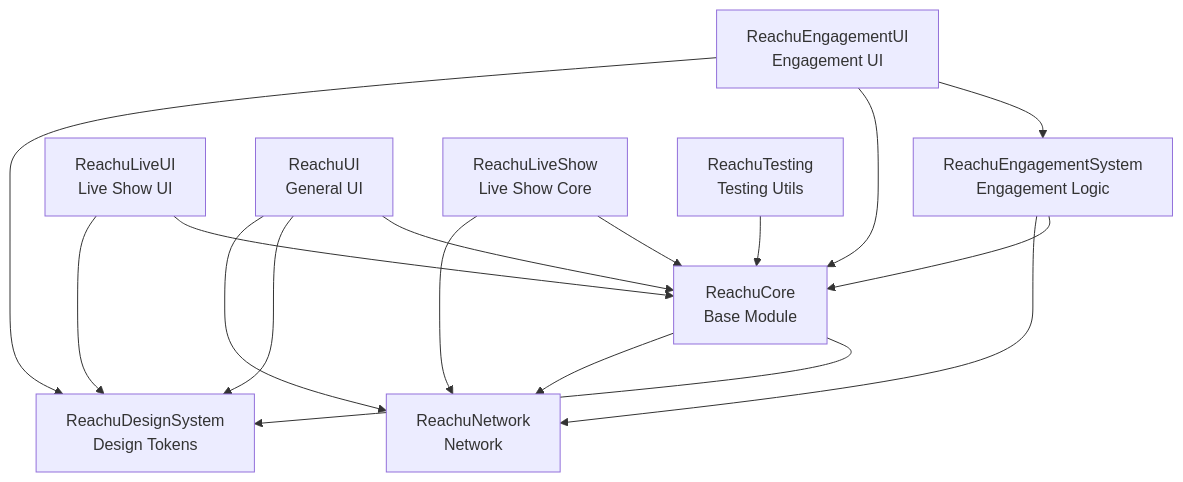
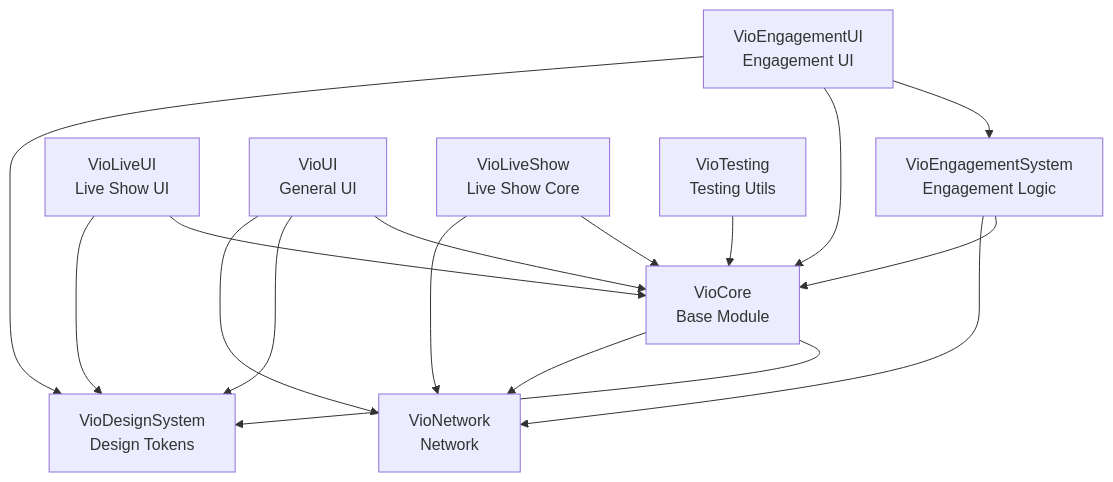
One commit to vio-live/VioSwiftSDK changed the diagram in Demo/Viaplay/SDK_STRUCTURE_MAP.md. Above: the diagram before and after it, drawn with Mermaid. The commit also changed other lines of this file and 37 other files, not shown here.

First line of the commit message:
Migrate Reachu URLs to Vio (vio.live)

````diff
--- a/Demo/Viaplay/SDK_STRUCTURE_MAP.md
+++ b/Demo/Viaplay/SDK_STRUCTURE_MAP.md
@@ -475,34 +475,34 @@
 ```mermaid
 graph TD
-    ReachuCore[ReachuCore<br/>Base Module]
-    ReachuDesignSystem[ReachuDesignSystem<br/>Design Tokens]
-    ReachuEngagementSystem[ReachuEngagementSystem<br/>Engagement Logic]
-    ReachuEngagementUI[ReachuEngagementUI<br/>Engagement UI]
-    ReachuLiveUI[ReachuLiveUI<br/>Live Show UI]
-    ReachuUI[ReachuUI<br/>General UI]
-    ReachuLiveShow[ReachuLiveShow<br/>Live Show Core]
-    ReachuNetwork[ReachuNetwork<br/>Network]
-    ReachuTesting[ReachuTesting<br/>Testing Utils]
+    VioCore[VioCore<br/>Base Module]
+    VioDesignSystem[VioDesignSystem<br/>Design Tokens]
+    VioEngagementSystem[VioEngagementSystem<br/>Engagement Logic]
+    VioEngagementUI[VioEngagementUI<br/>Engagement UI]
+    VioLiveUI[VioLiveUI<br/>Live Show UI]
+    VioUI[VioUI<br/>General UI]
+    VioLiveShow[VioLiveShow<br/>Live Show Core]
+    VioNetwork[VioNetwork<br/>Network]
+    VioTesting[VioTesting<br/>Testing Utils]
     
-    ReachuCore --> ReachuDesignSystem
-    ReachuCore --> ReachuNetwork
+    VioCore --> VioDesignSystem
+    VioCore --> VioNetwork
     
-    ReachuEngagementSystem --> ReachuCore
-    ReachuEngagementSystem --> ReachuNetwork
+    VioEngagementSystem --> VioCore
+    VioEngagementSystem --> VioNetwork
     
-    ReachuEngagementUI --> ReachuEngagementSystem
-    ReachuEngagementUI --> ReachuCore
-    ReachuEngagementUI --> ReachuDesignSystem
+    VioEngagementUI --> VioEngagementSystem
+    VioEngagementUI --> VioCore
+    VioEngagementUI --> VioDesignSystem
     
-    ReachuLiveUI --> ReachuCore
-    ReachuLiveUI --> ReachuDesignSystem
+    VioLiveUI --> VioCore
+    VioLiveUI --> VioDesignSystem
     
-    ReachuUI --> ReachuCore
-    ReachuUI --> ReachuDesignSystem
-    ReachuUI --> ReachuNetwork
+    VioUI --> VioCore
+    VioUI --> VioDesignSystem
+    VioUI --> VioNetwork
     
-    ReachuLiveShow --> ReachuCore
-    ReachuLiveShow --> ReachuNetwork
+    VioLiveShow --> VioCore
+    VioLiveShow --> VioNetwork
     
-    ReachuTesting --> ReachuCore
+    VioTesting --> VioCore
 ```
````
